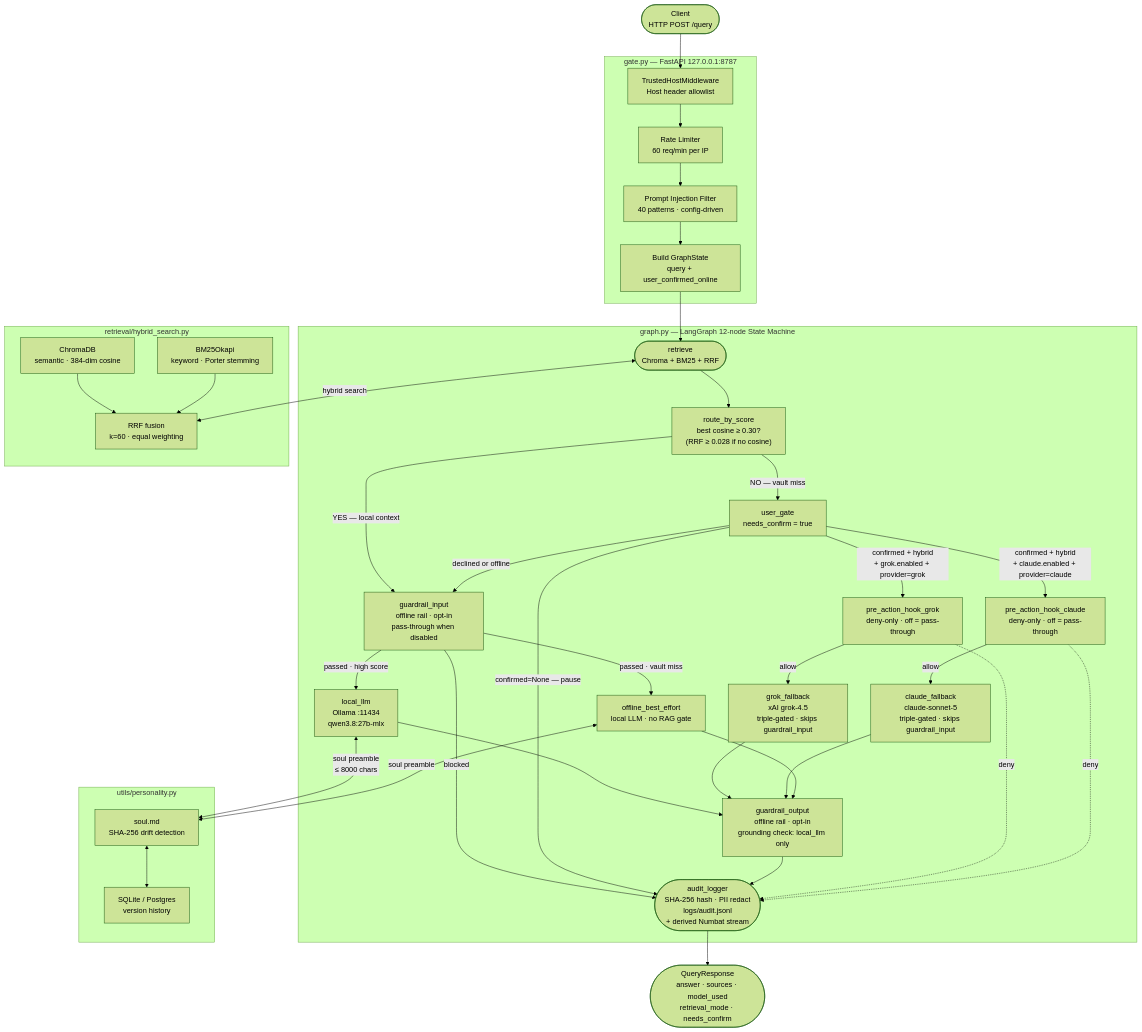
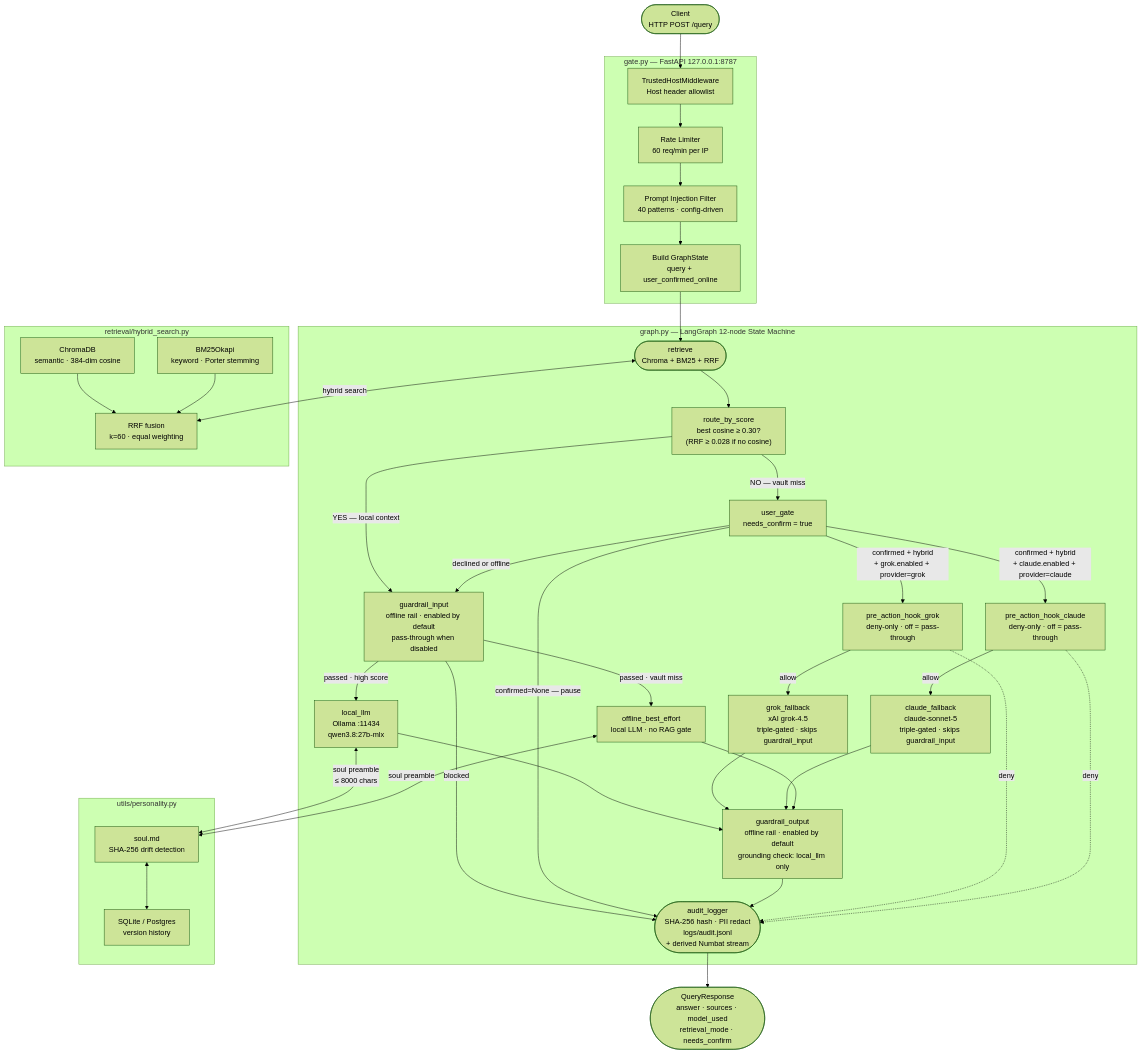
The diagram in README.md (cgfixit/CyClaw), drawn with Mermaid (forest theme) before and after one commit. The commit also changed other lines of this file and 39 other files, not shown here.

````diff
--- a/README.md
+++ b/README.md
@@ -274,59 +274,59 @@
 ```mermaid
 flowchart TD
     A(["Client\nHTTP POST /query"])
     A --> B
 
     subgraph GATEWAY ["gate.py — FastAPI 127.0.0.1:8787"]
         B["TrustedHostMiddleware\nHost header allowlist"]
         B --> C["Rate Limiter\n60 req/min per IP"]
         C --> D["Prompt Injection Filter\n40 patterns · config-driven"]
         D --> E["Build GraphState\nquery + user_confirmed_online"]
     end
 
     E --> F
 
     subgraph GRAPH ["graph.py — LangGraph 12-node State Machine"]
         F(["retrieve\nChroma + BM25 + RRF"])
         F --> G["route_by_score\nbest cosine ≥ 0.30?\n(RRF ≥ 0.028 if no cosine)"]
-        G -->|"YES — local context"| X["guardrail_input\noffline rail · opt-in\npass-through when disabled"]
+        G -->|"YES — local context"| X["guardrail_input\noffline rail · enabled by default\npass-through when disabled"]
         X -->|"blocked"| L
         X -->|"passed · high score"| H["local_llm\nOllama :11434\nqwen3.8:27b-mlx"]
         G -->|"NO — vault miss"| I["user_gate\nneeds_confirm = true"]
         I -->|"confirmed + hybrid\n+ grok.enabled + provider=grok"| PG["pre_action_hook_grok\ndeny-only · off = pass-through"]
         PG -->|"allow"| J["grok_fallback\nxAI grok-4.5\ntriple-gated · skips guardrail_input"]
         I -->|"confirmed + hybrid\n+ claude.enabled + provider=claude"| PC["pre_action_hook_claude\ndeny-only · off = pass-through"]
         PC -->|"allow"| W["claude_fallback\nclaude-sonnet-5\ntriple-gated · skips guardrail_input"]
         I -->|"declined or offline"| X
         X -->|"passed · vault miss"| K["offline_best_effort\nlocal LLM · no RAG gate"]
         I -->|"confirmed=None — pause"| L
-        H --> Y["guardrail_output\noffline rail · opt-in\ngrounding check: local_llm only"]
+        H --> Y["guardrail_output\noffline rail · enabled by default\ngrounding check: local_llm only"]
         J --> Y
         W --> Y
         K --> Y
         Y --> L
         PG -.->|"deny"| L
         PC -.->|"deny"| L
         L(["audit_logger\nSHA-256 hash · PII redact\nlogs/audit.jsonl\n+ derived Numbat stream"])
     end
 
     L --> M(["QueryResponse\nanswer · sources · model_used\nretrieval_mode · needs_confirm"])
 
     subgraph RETRIEVAL ["retrieval/hybrid_search.py"]
         N["ChromaDB\nsemantic · 384-dim cosine"]
         O["BM25Okapi\nkeyword · Porter stemming"]
         P["RRF fusion\nk=60 · equal weighting"]
         N --> P
         O --> P
     end
 
     F <-->|"hybrid search"| P
 
     subgraph SOUL ["utils/personality.py"]
         Q["soul.md\nSHA-256 drift detection"]
         R["SQLite / Postgres\nversion history"]
         Q <--> R
     end
 
     H <-->|"soul preamble\n≤ 8000 chars"| Q
     K <-->|"soul preamble"| Q
 ```
````
